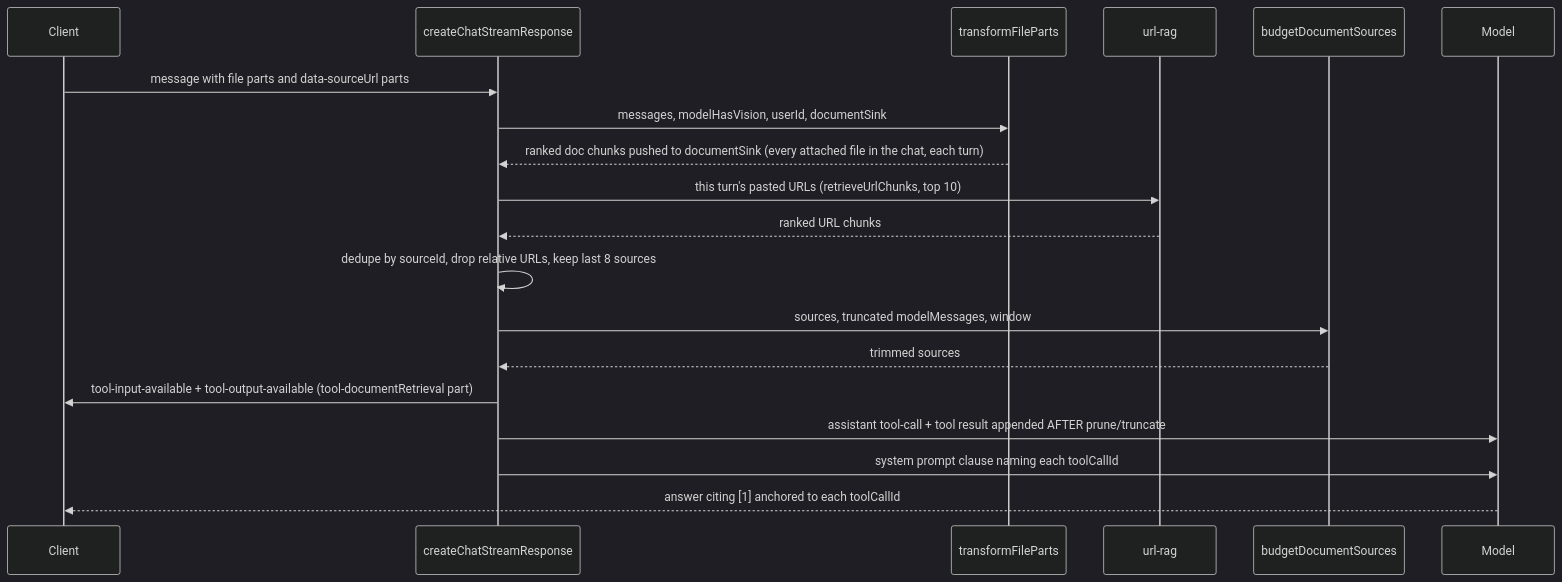
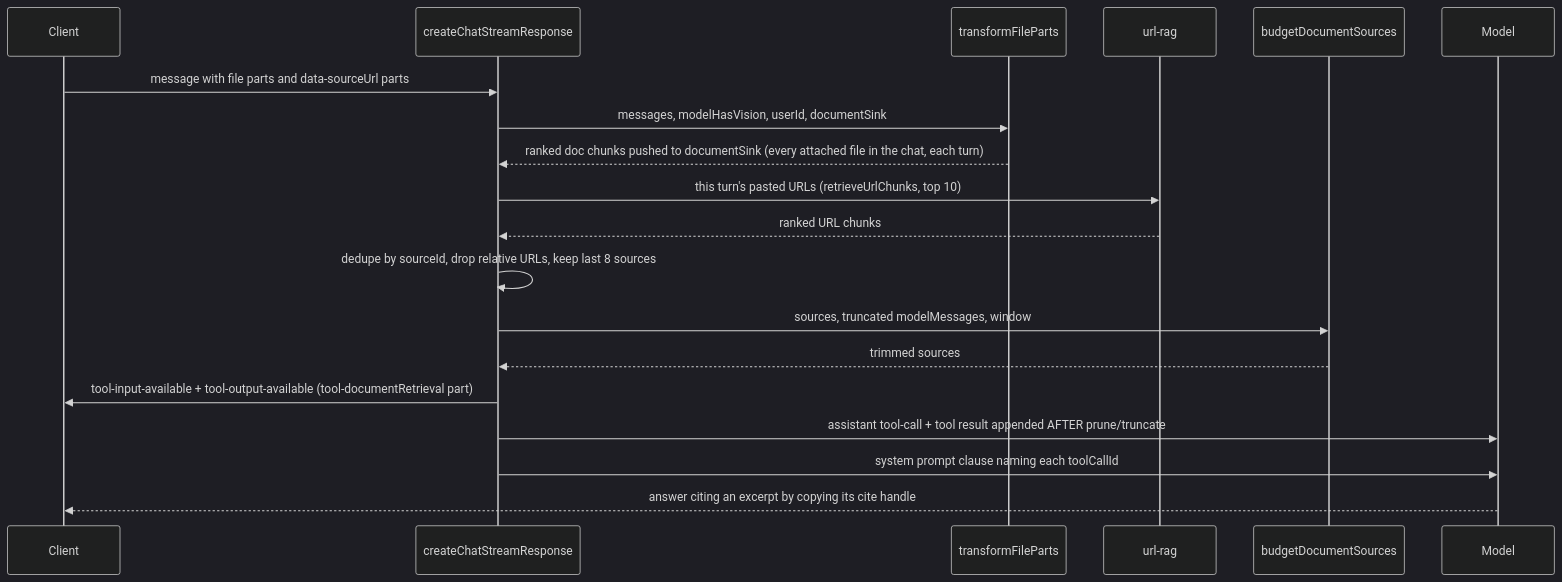
Before and after one commit to hbqdev/ask: the second of 2 diagrams in docs-site/docs/knowledge/rag-uploads.md, drawn with Mermaid (dark theme). The commit also changed other lines of this file and 25 other files, not shown here.

````diff
--- a/docs-site/docs/knowledge/rag-uploads.md
+++ b/docs-site/docs/knowledge/rag-uploads.md
@@ -245,21 +245,21 @@
 ```mermaid
 sequenceDiagram
   participant C as Client
   participant S as createChatStreamResponse
   participant T as transformFileParts
   participant U as url-rag
   participant B as budgetDocumentSources
   participant M as Model
   C->>S: message with file parts and data-sourceUrl parts
   S->>T: messages, modelHasVision, userId, documentSink
   T-->>S: ranked doc chunks pushed to documentSink (every attached file in the chat, each turn)
   S->>U: this turn's pasted URLs (retrieveUrlChunks, top 10)
   U-->>S: ranked URL chunks
   S->>S: dedupe by sourceId, drop relative URLs, keep last 8 sources
   S->>B: sources, truncated modelMessages, window
   B-->>S: trimmed sources
   S->>C: tool-input-available + tool-output-available (tool-documentRetrieval part)
   S->>M: assistant tool-call + tool result appended AFTER prune/truncate
   S->>M: system prompt clause naming each toolCallId
-  M-->>C: answer citing [1] anchored to each toolCallId
+  M-->>C: answer citing an excerpt by copying its cite handle
 ```
````
